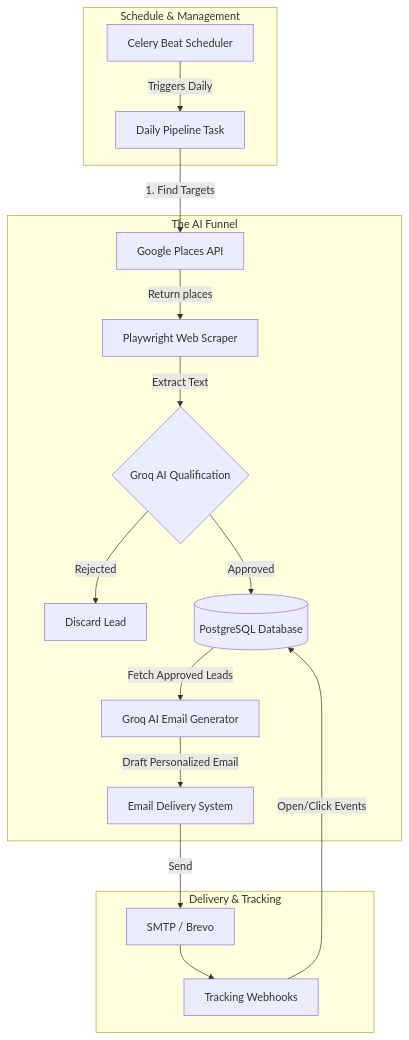
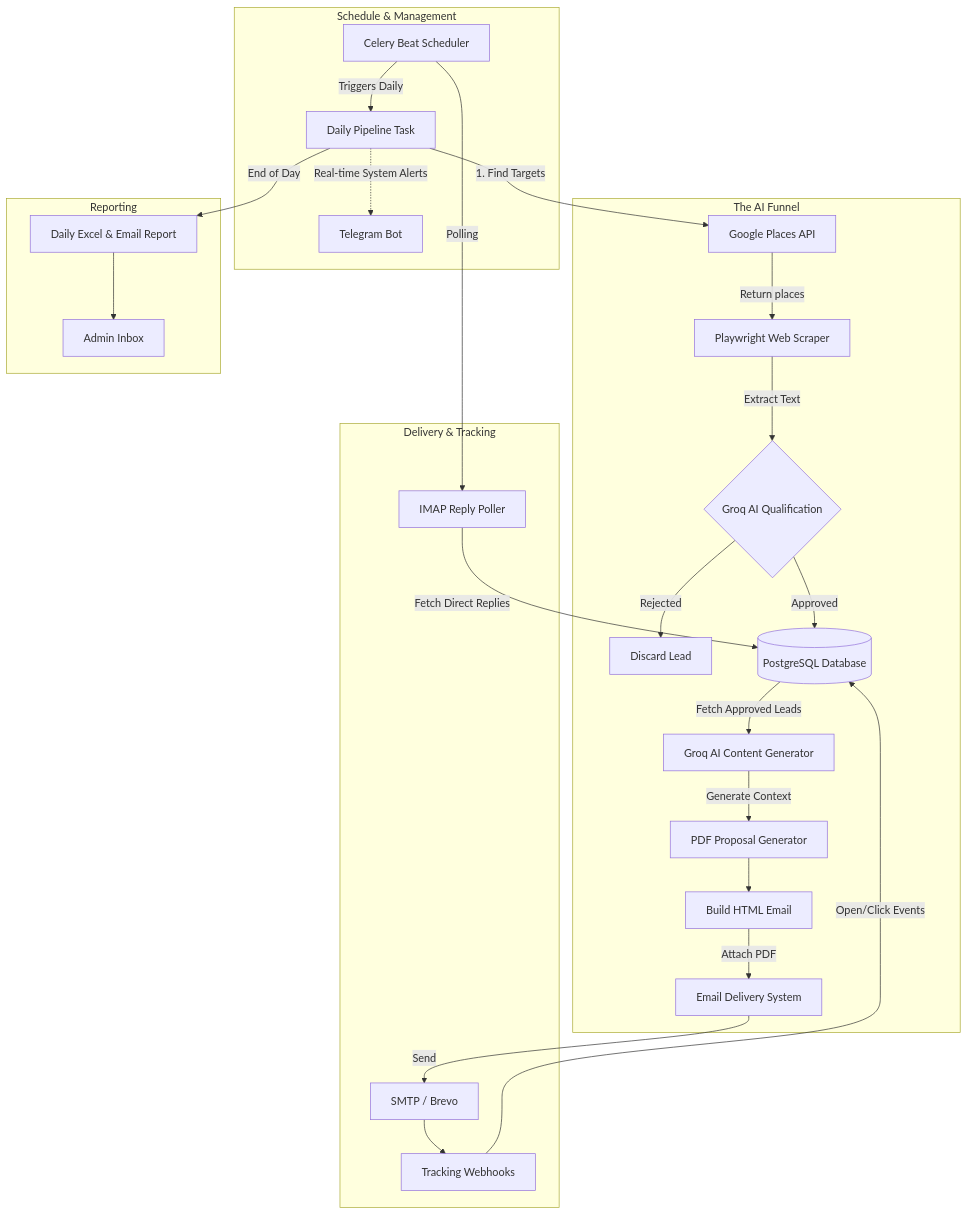
Before and after one commit to colddsam/AI-LEAD-GENERATION: the diagram in README.md, drawn with Mermaid. The commit also changed other lines of this file and 4 other files, not shown here.

````diff
--- a/README.md
+++ b/README.md
@@ -65,24 +69,34 @@
 ```mermaid
 graph TD;
     subgraph "Schedule & Management"
         Cron[Celery Beat Scheduler] -->|Triggers Daily| Pipeline[Daily Pipeline Task]
+        Pipeline -.->|Real-time System Alerts| Telegram[Telegram Bot]
     end
 
     subgraph "The AI Funnel"
         Pipeline -->|1. Find Targets| GooglePlaces[Google Places API]
         GooglePlaces -->|Return places| Scraper[Playwright Web Scraper]
-        
+      
         Scraper -->|Extract Text| AI_Qualify{Groq AI Qualification}
         AI_Qualify -- Rejected --> Drop[Discard Lead]
         AI_Qualify -- Approved --> DB[(PostgreSQL Database)]
 
-        DB -->|Fetch Approved Leads| AI_Personalize[Groq AI Email Generator]
-        AI_Personalize -->|Draft Personalized Email| Mailer[Email Delivery System]
+        DB -->|Fetch Approved Leads| AI_Personalize[Groq AI Content Generator]
+        AI_Personalize -->|Generate Context| PDFGen[PDF Proposal Generator]
+        PDFGen --> EmailBuilder[Build HTML Email]
+        EmailBuilder -->|Attach PDF| Mailer[Email Delivery System]
     end
 
     subgraph "Delivery & Tracking"
         Mailer -->|Send| ClientOutbox[SMTP / Brevo]
         ClientOutbox --> Webhook[Tracking Webhooks]
         Webhook -->|Open/Click Events| DB
+        Cron -->|Polling| Poller[IMAP Reply Poller]
+        Poller -->|Fetch Direct Replies| DB
+    end
+
+    subgraph "Reporting"
+        Pipeline -->|End of Day| Reporter[Daily Excel & Email Report]
+        Reporter --> Admin[Admin Inbox]
     end
 ```
````
